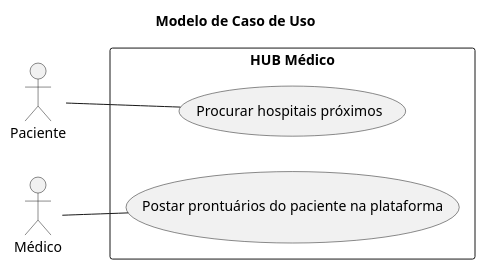
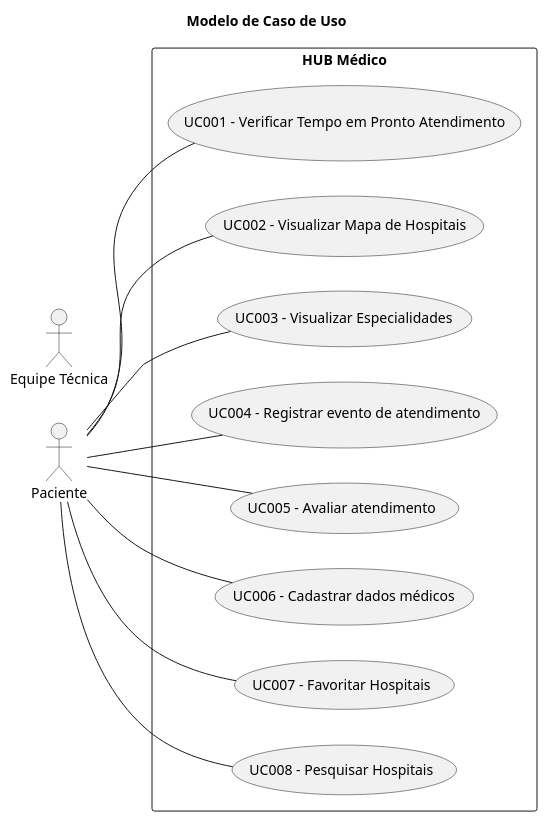
One commit to PurpleLobster31/Erro404_LabEngSoftw_06N changed the diagram in Diagrama_casos_uso.md. Above: the diagram before and after it, drawn with PlantUML.

Commit message:
Adição dos casos de uso já existentes

````diff
--- a/Diagrama_casos_uso.md
+++ b/Diagrama_casos_uso.md
@@ -15,16 +15,22 @@
 ```plantuml
 @startuml
 
 left to right direction
 title Modelo de Caso de Uso
 
 Actor "Paciente" as pc
-Actor "Médico" as md
+Actor "Equipe Técnica" as et
 
 rectangle "HUB Médico" {
-    pc -- (Procurar hospitais próximos)
-    md -- (Postar prontuários do paciente na plataforma)
+    pc -- (UC001 - Verificar Tempo em Pronto Atendimento)
+    pc -- (UC002 - Visualizar Mapa de Hospitais)
+    pc -- (UC003 - Visualizar Especialidades)
+    pc -- (UC004 - Registrar evento de atendimento)
+    pc -- (UC005 - Avaliar atendimento)
+    pc -- (UC006 - Cadastrar dados médicos)
+    pc -- (UC007 - Favoritar Hospitais)
+    pc -- (UC008 - Pesquisar Hospitais)
 }
 
 @enduml
 ```
````
